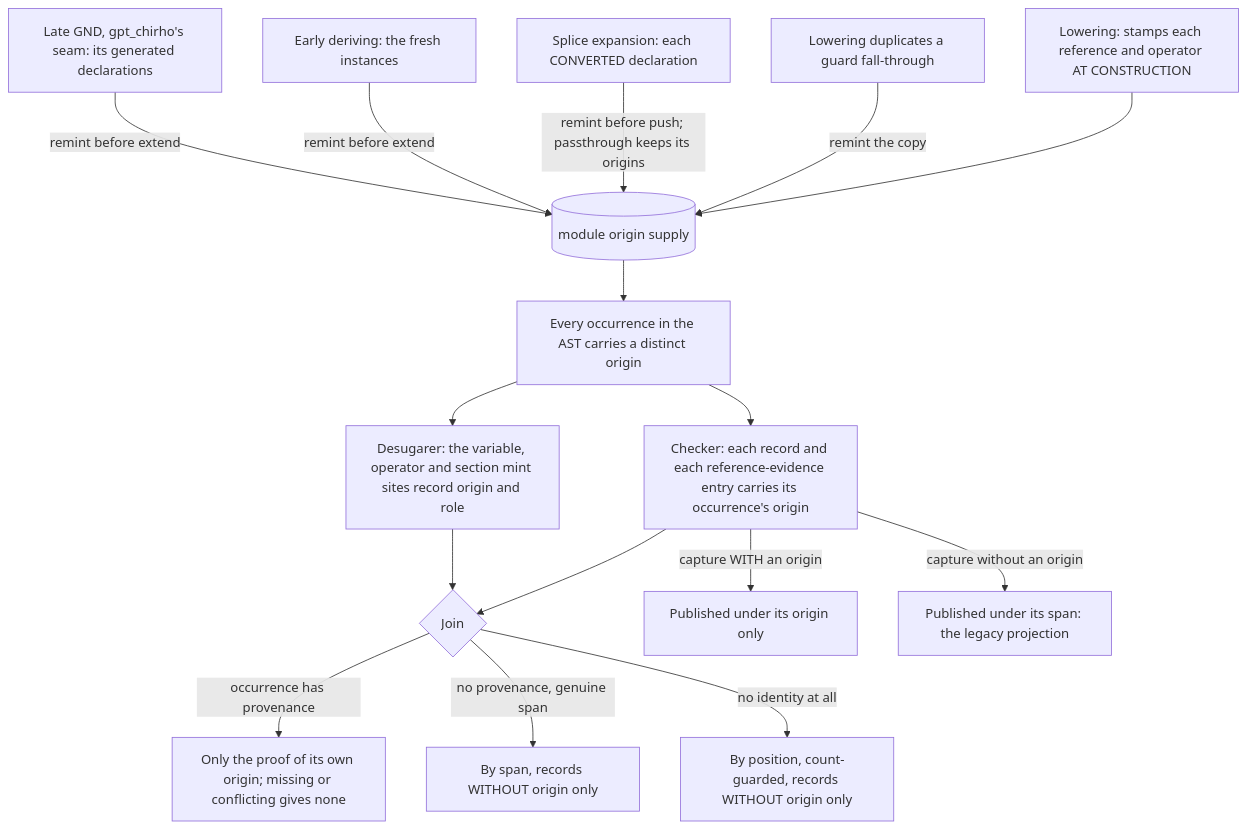
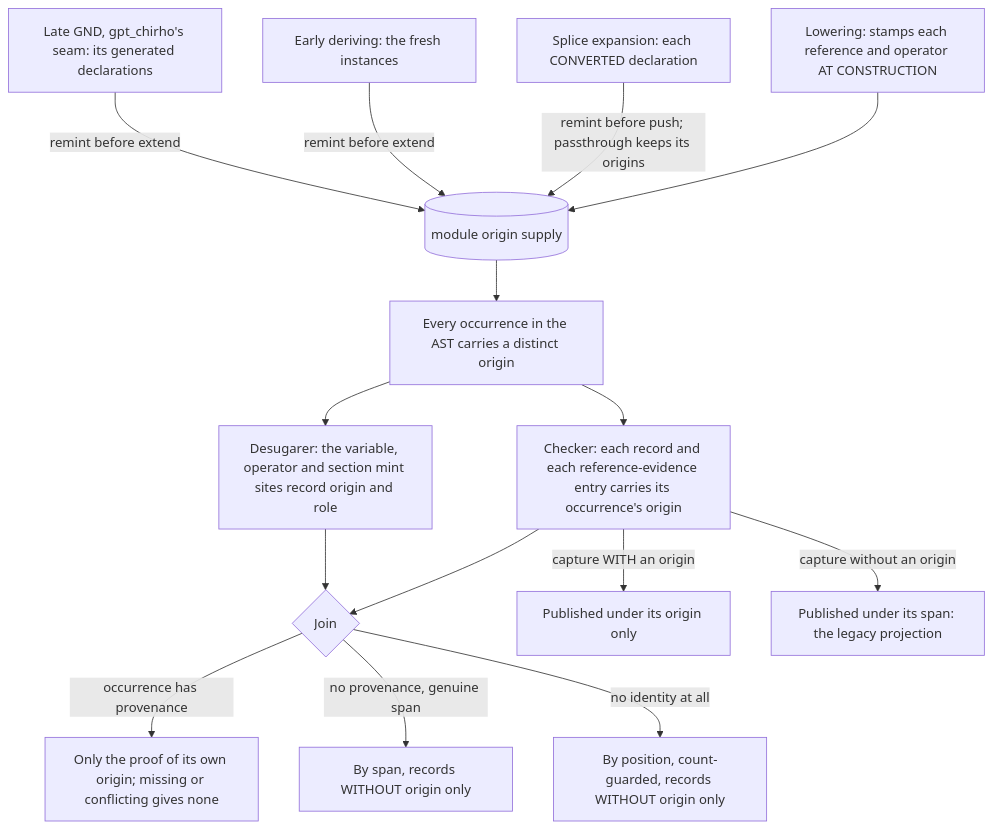
One commit to loveJesus/haskelujah-chirho changed the fourth of 4 diagrams in spec-chirho/workflows-chirho/language-features-chirho/dictionary-evidence-chirho.md. Above: the diagram before and after it, drawn with Mermaid. The commit also changed 17 other files, not shown here.

````diff
--- a/spec-chirho/workflows-chirho/language-features-chirho/dictionary-evidence-chirho.md
+++ b/spec-chirho/workflows-chirho/language-features-chirho/dictionary-evidence-chirho.md
@@ -152,18 +152,17 @@
 ```mermaid
 flowchart TD
     lower_chirho[Lowering: stamps each reference and operator AT CONSTRUCTION] --> supply_chirho[(module origin supply)]
-    dup_chirho[Lowering duplicates a guard fall-through] -->|remint the copy| supply_chirho
     splice_chirho[Splice expansion: each CONVERTED declaration] -->|remint before push; passthrough keeps its origins| supply_chirho
     derive_chirho[Early deriving: the fresh instances] -->|remint before extend| supply_chirho
     gnd_chirho[Late GND, gpt_chirho's seam: its generated declarations] -->|remint before extend| supply_chirho
     supply_chirho --> ast_chirho[Every occurrence in the AST carries a distinct origin]
     ast_chirho --> check_chirho[Checker: each record and each reference-evidence entry carries its occurrence's origin]
     ast_chirho --> desugar_chirho[Desugarer: the variable, operator and section mint sites record origin and role]
     check_chirho --> join_chirho{Join}
     desugar_chirho --> join_chirho
     join_chirho -->|occurrence has provenance| own_chirho[Only the proof of its own origin; missing or conflicting gives none]
     join_chirho -->|no provenance, genuine span| span_chirho[By span, records WITHOUT origin only]
     join_chirho -->|no identity at all| position_chirho[By position, count-guarded, records WITHOUT origin only]
     check_chirho -->|capture WITH an origin| owned_chirho[Published under its origin only]
     check_chirho -->|capture without an origin| legacy_chirho[Published under its span: the legacy projection]
 ```
````
